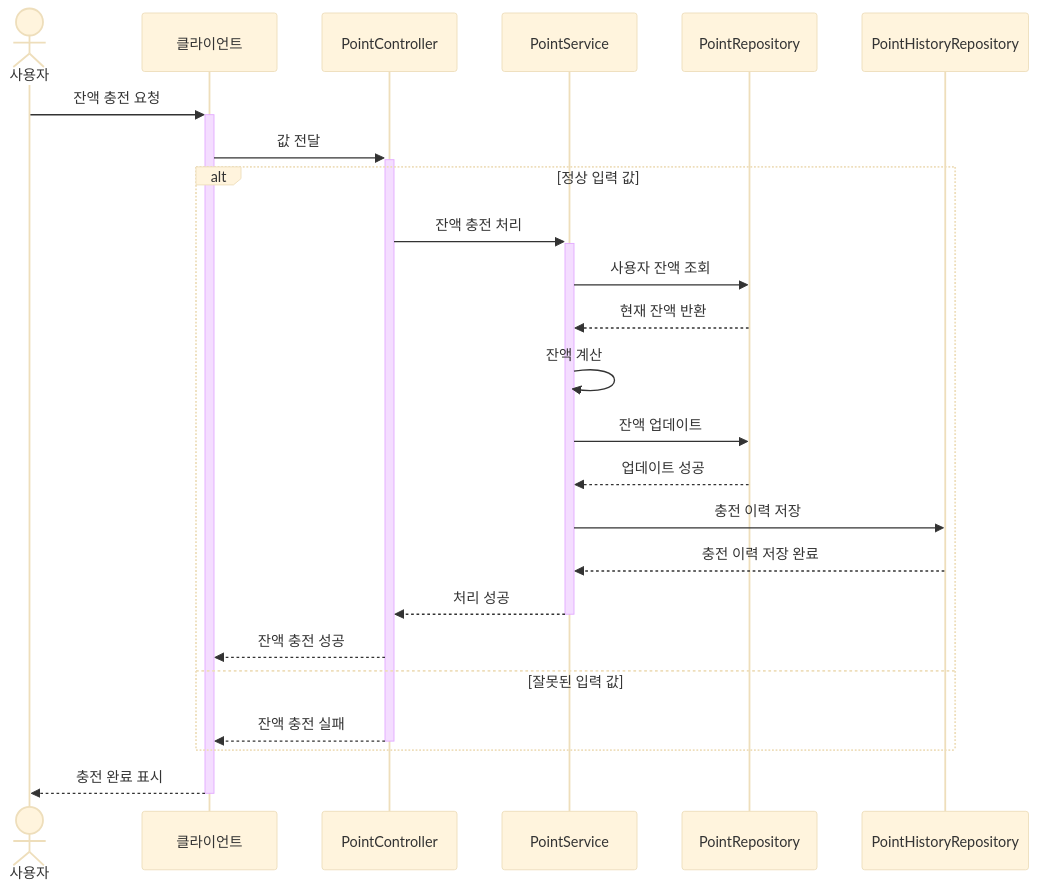
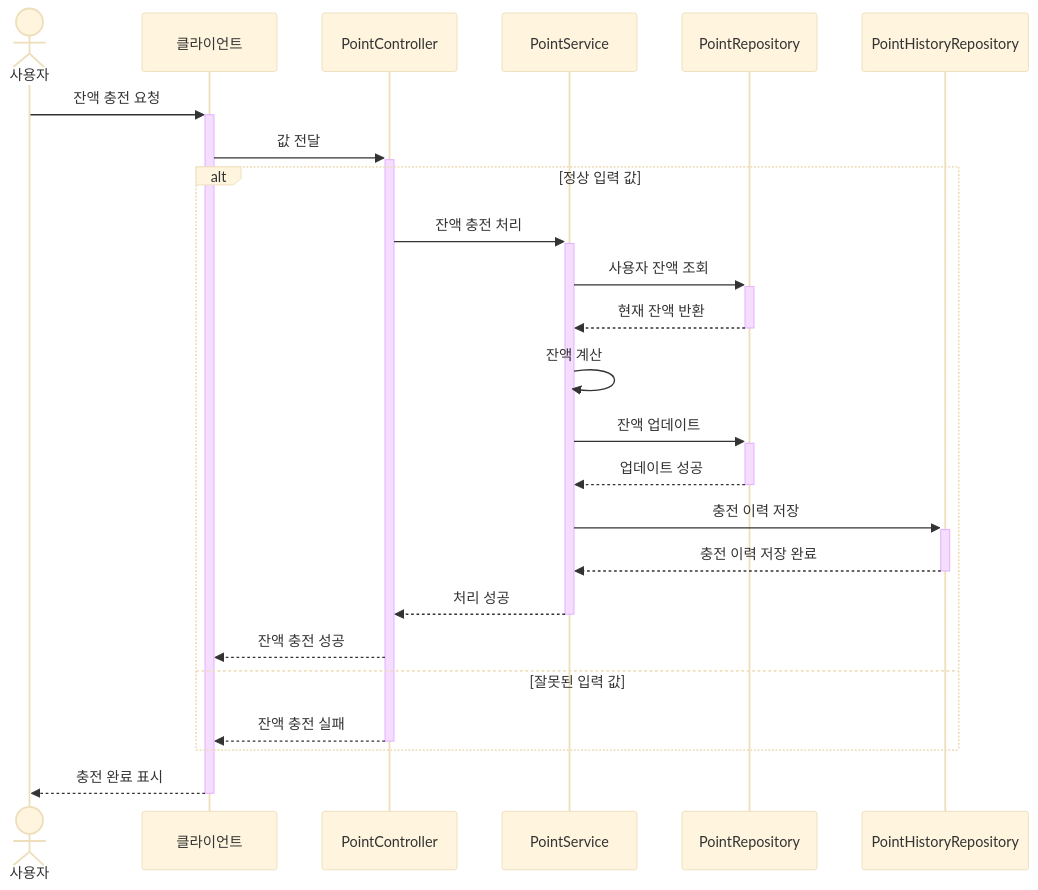
Before and after one commit to letter333/hhplus-be9-commerce: the diagram in docs/diagram/PointCharge-SequenceDiagram.md, drawn with Mermaid (base theme). The commit also changed 11 other files, not shown here.

````diff
--- a/docs/diagram/PointCharge-SequenceDiagram.md
+++ b/docs/diagram/PointCharge-SequenceDiagram.md
@@ -2,27 +2,27 @@
 ```mermaid
 sequenceDiagram
     actor User as 사용자
     participant Client as 클라이언트
     participant Controller as PointController
     participant Service as PointService
     participant PointRepository
     participant PointHistoryRepository
 
     User->>+Client: 잔액 충전 요청
     Client->>+Controller: 값 전달
     alt 정상 입력 값
         Controller->>+Service: 잔액 충전 처리
-        Service->>PointRepository: 사용자 잔액 조회
-        PointRepository-->>Service: 현재 잔액 반환
+        Service->>+PointRepository: 사용자 잔액 조회
+        PointRepository-->>-Service: 현재 잔액 반환
         Service->>Service: 잔액 계산
-        Service->>PointRepository: 잔액 업데이트
-        PointRepository-->>Service: 업데이트 성공
-        Service->>PointHistoryRepository: 충전 이력 저장
-        PointHistoryRepository-->>Service: 충전 이력 저장 완료
+        Service->>+PointRepository: 잔액 업데이트
+        PointRepository-->>-Service: 업데이트 성공
+        Service->>+PointHistoryRepository: 충전 이력 저장
+        PointHistoryRepository-->>-Service: 충전 이력 저장 완료
         Service-->>-Controller: 처리 성공
         Controller-->>Client: 잔액 충전 성공 
     else 잘못된 입력 값
         Controller-->>-Client: 잔액 충전 실패
     end
     Client-->>-User: 충전 완료 표시
 ```
````
